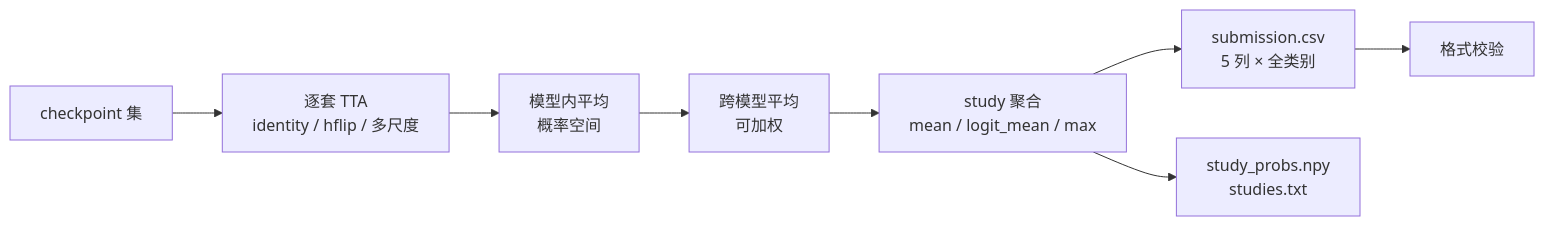
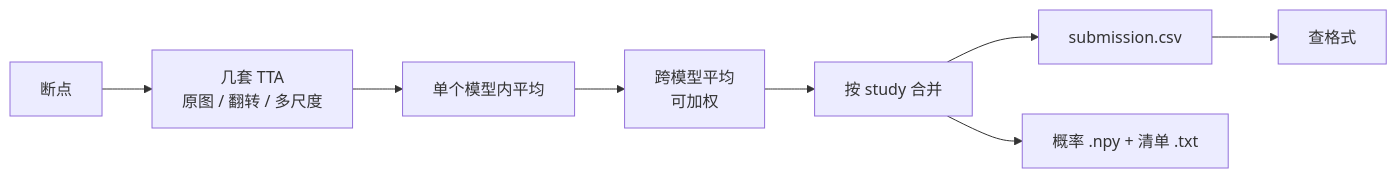
One commit to cixiy1/Yuki-blog changed the fifth of 9 diagrams in src/content/posts/chest-smart-diagnosis.md. Above: the diagram before and after it, drawn with Mermaid. The commit also changed other lines of this file, not shown here.

````diff
--- a/src/content/posts/chest-smart-diagnosis.md
+++ b/src/content/posts/chest-smart-diagnosis.md
@@ -371,10 +305,10 @@
 ```mermaid
 flowchart LR
-  CK["checkpoint 集"] --> TTA["逐套 TTA<br/>identity / hflip / 多尺度"]
-  TTA --> P1["模型内平均<br/>概率空间"]
+  CK["断点"] --> TTA["几套 TTA<br/>原图 / 翻转 / 多尺度"]
+  TTA --> P1["单个模型内平均"]
   P1 --> P2["跨模型平均<br/>可加权"]
-  P2 --> AGG["study 聚合<br/>mean / logit_mean / max"]
-  AGG --> CSV["submission.csv<br/>5 列 × 全类别"]
-  AGG --> NPY["study_probs.npy<br/>studies.txt"]
-  CSV --> VAL["格式校验"]
+  P2 --> AGG["按 study 合并"]
+  AGG --> CSV["submission.csv"]
+  AGG --> NPY["概率 .npy + 清单 .txt"]
+  CSV --> VAL["查格式"]
 ```
````
